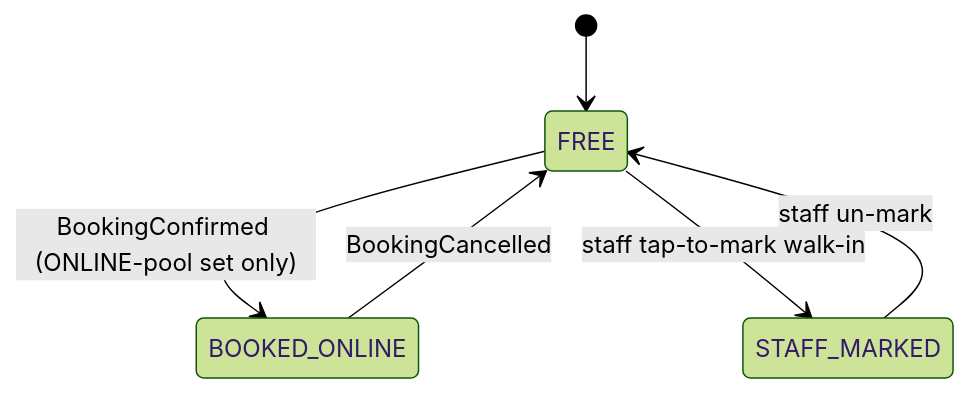
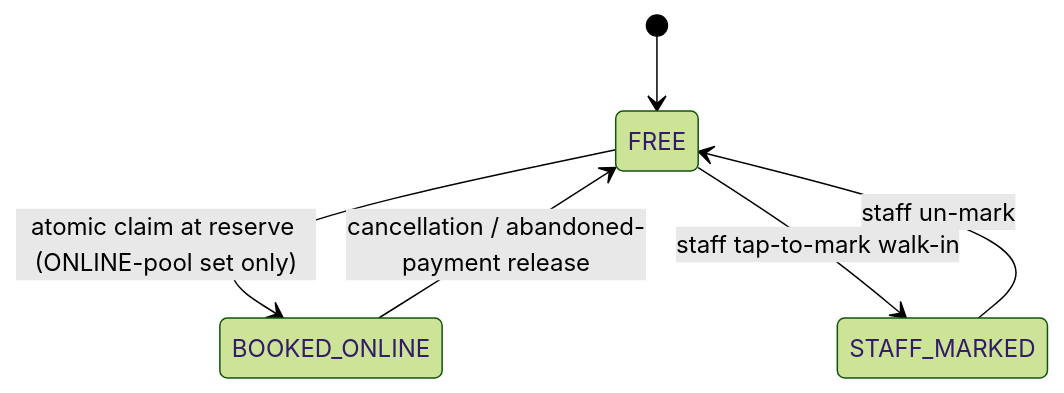
Before and after one commit to ivopogace/riviera-sunbed-booking: diagram 12 of 12 in docs/architecture/domain-model.md, drawn with Mermaid (forest theme). The commit also changed other lines of this file and 10 other files, not shown here.

````diff
--- a/docs/architecture/domain-model.md
+++ b/docs/architecture/domain-model.md
@@ -458,8 +484,8 @@
 ```mermaid
 stateDiagram-v2
     [*] --> FREE
-    FREE --> BOOKED_ONLINE: BookingConfirmed (ONLINE-pool set only)
+    FREE --> BOOKED_ONLINE: atomic claim at reserve (ONLINE-pool set only)
     FREE --> STAFF_MARKED: staff tap-to-mark walk-in
-    BOOKED_ONLINE --> FREE: BookingCancelled
+    BOOKED_ONLINE --> FREE: cancellation / abandoned-payment release
     STAFF_MARKED --> FREE: staff un-mark
 ```
````
